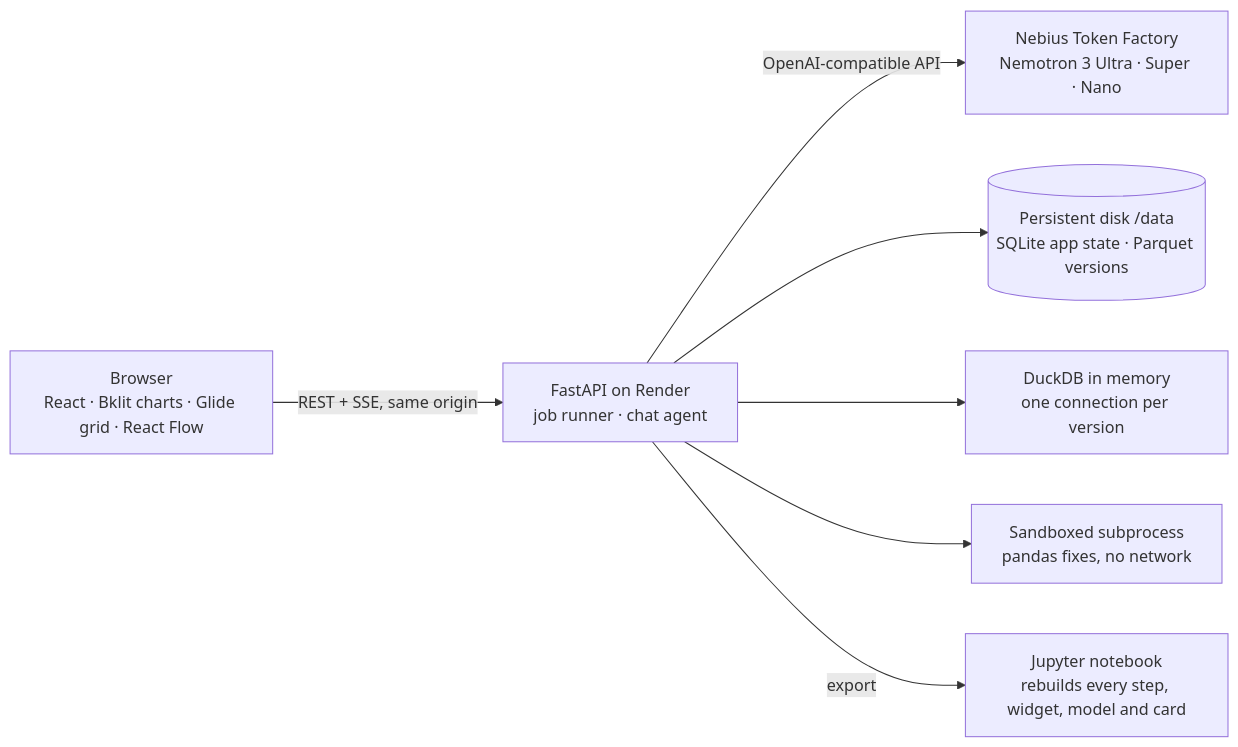
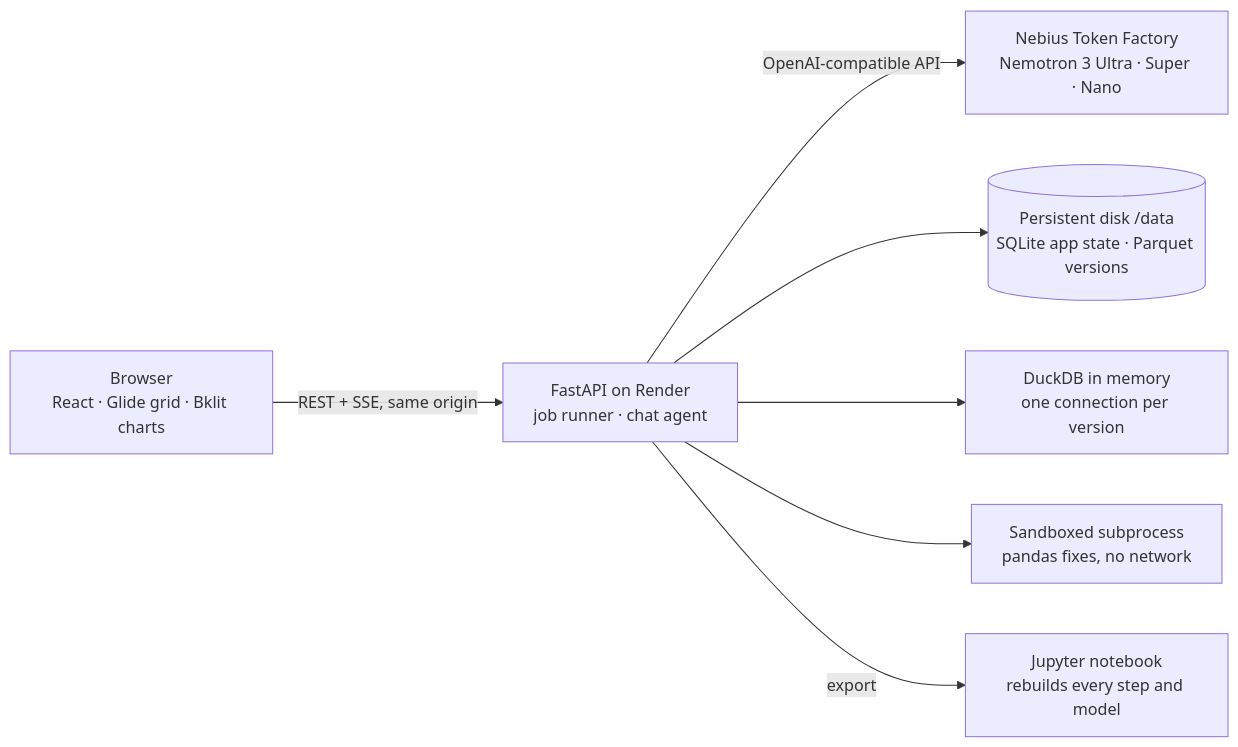
The diagram in README.md (n1mk1/sherlock), drawn with Mermaid before and after one commit. The commit also changed other lines of this file and 211 other files, not shown here.

````diff
--- a/README.md
+++ b/README.md
@@ -54,9 +53,9 @@
 ```mermaid
 flowchart LR
-  B[Browser<br/>React · Bklit charts · Glide grid · React Flow] -- REST + SSE, same origin --> A[FastAPI on Render<br/>job runner · chat agent]
+  B[Browser<br/>React · Glide grid · Bklit charts] -- REST + SSE, same origin --> A[FastAPI on Render<br/>job runner · chat agent]
   A -- OpenAI-compatible API --> T[Nebius Token Factory<br/>Nemotron 3 Ultra · Super · Nano]
   A --> D[(Persistent disk /data<br/>SQLite app state · Parquet versions)]
   A --> K[DuckDB in memory<br/>one connection per version]
   A --> S[Sandboxed subprocess<br/>pandas fixes, no network]
-  A -- export --> N[Jupyter notebook<br/>rebuilds every step, widget, model and card]
+  A -- export --> N[Jupyter notebook<br/>rebuilds every step and model]
 ```
````
